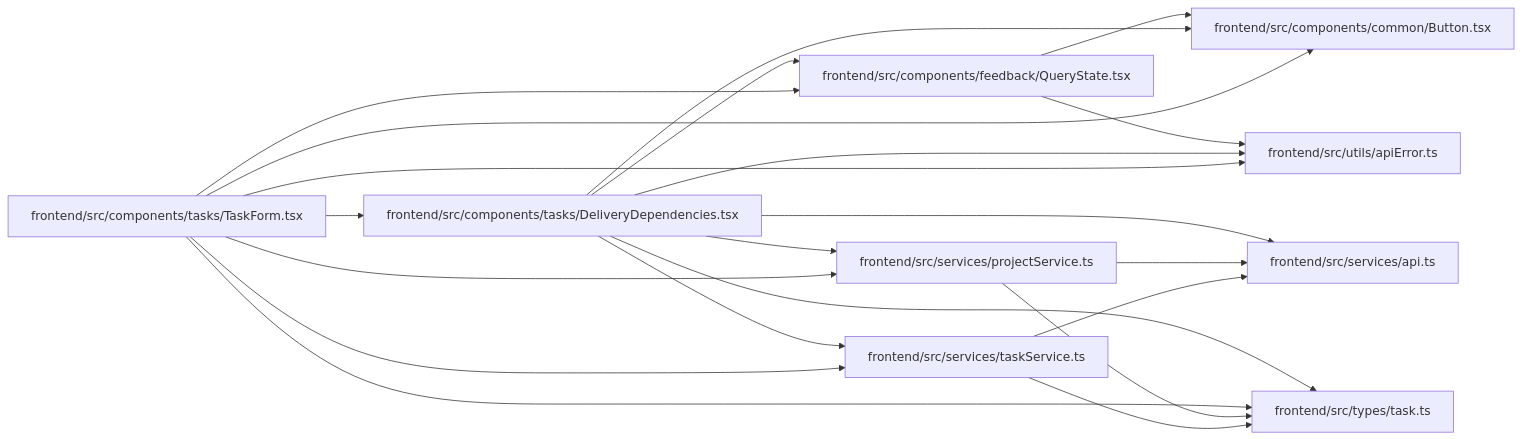
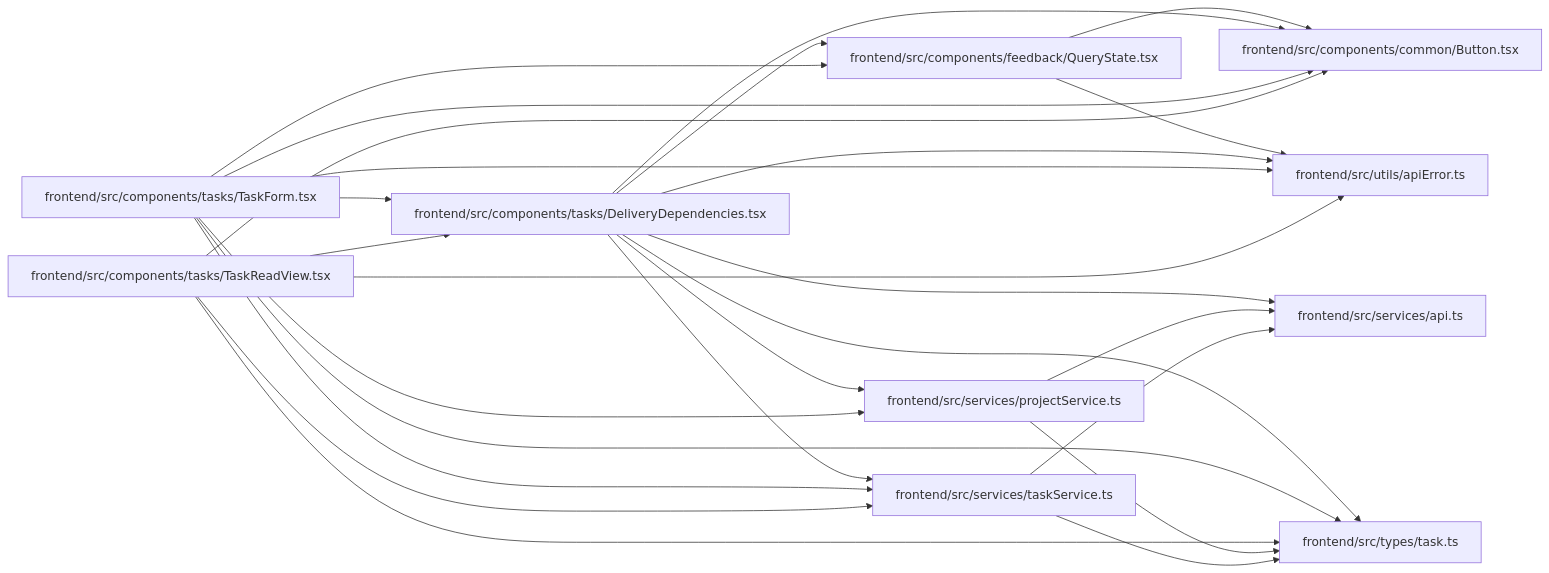
The diagram in docs/llm_wiki/modules/DeliveryDependencies.md (Denissvgn/WorkChord), drawn with Mermaid before and after one commit. The commit also changed other lines of this file and 375 other files, not shown here.

Commit message:
docs(wiki): refresh for the read-first task view

````diff
--- a/docs/llm_wiki/modules/DeliveryDependencies.md
+++ b/docs/llm_wiki/modules/DeliveryDependencies.md
@@ -35,41 +35,48 @@
 ```mermaid
 flowchart LR
     n0["frontend/src/components/common/Button.tsx"]
     n1["frontend/src/components/feedback/QueryState.tsx"]
     n2["frontend/src/components/tasks/DeliveryDependencies.tsx"]
     n3["frontend/src/components/tasks/TaskForm.tsx"]
-    n4["frontend/src/services/api.ts"]
-    n5["frontend/src/services/projectService.ts"]
-    n6["frontend/src/services/taskService.ts"]
-    n7["frontend/src/types/task.ts"]
-    n8["frontend/src/utils/apiError.ts"]
+    n4["frontend/src/components/tasks/TaskReadView.tsx"]
+    n5["frontend/src/services/api.ts"]
+    n6["frontend/src/services/projectService.ts"]
+    n7["frontend/src/services/taskService.ts"]
+    n8["frontend/src/types/task.ts"]
+    n9["frontend/src/utils/apiError.ts"]
     n1 --> n0
-    n1 --> n8
+    n1 --> n9
     n2 --> n0
     n2 --> n1
-    n2 --> n4
     n2 --> n5
     n2 --> n6
     n2 --> n7
     n2 --> n8
+    n2 --> n9
     n3 --> n0
     n3 --> n1
     n3 --> n2
-    n3 --> n5
     n3 --> n6
     n3 --> n7
     n3 --> n8
-    n5 --> n4
-    n5 --> n7
-    n6 --> n4
-    n6 --> n7
+    n3 --> n9
+    n4 --> n0
+    n4 --> n2
+    n4 --> n7
+    n4 --> n8
+    n4 --> n9
+    n6 --> n5
+    n6 --> n8
+    n7 --> n5
+    n7 --> n8
     click n0 "../modules/Button.md"
     click n1 "../modules/QueryState.md"
     click n2 "../modules/DeliveryDependencies.md"
     click n3 "../modules/TaskForm.md"
-    click n4 "../modules/api.md"
-    click n5 "../modules/projectService.md"
-    click n6 "../modules/taskService.md"
-    click n7 "../modules/types_task.md"
-    click n8 "../modules/apiError.md"
+    click n4 "../modules/TaskReadView.md"
+    click n5 "../modules/api.md"
+    click n6 "../modules/projectService.md"
+    click n7 "../modules/taskService.md"
+    click n8 "../modules/types_task.md"
+    click n9 "../modules/apiError.md"
 ```
````
